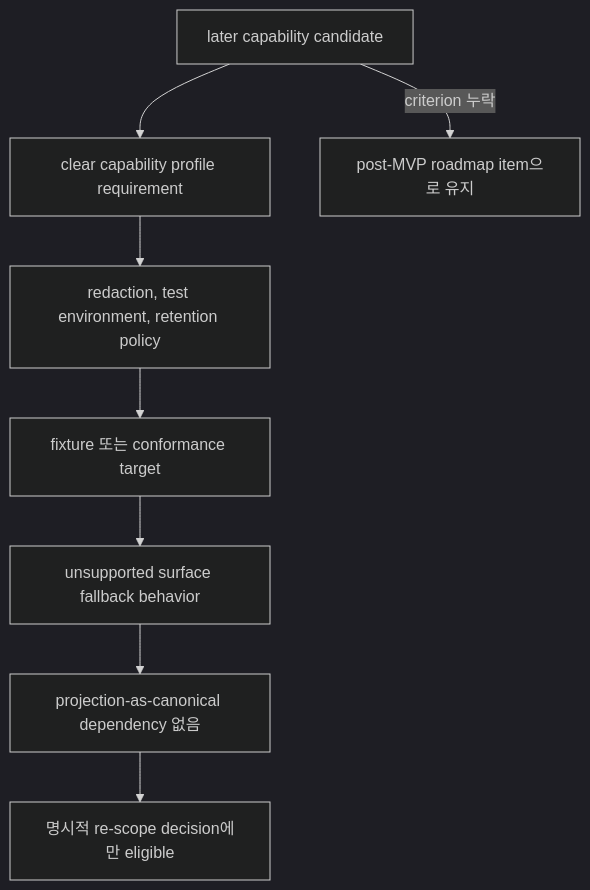
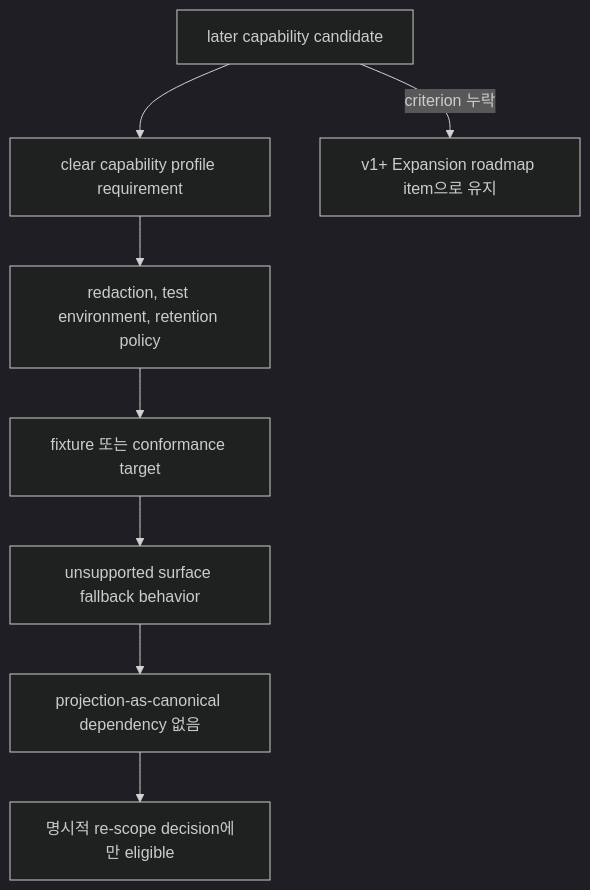
The second of 4 diagrams in docs/ko/roadmap.md (minjungw00/Harness_Project), drawn with Mermaid (dark theme) before and after one commit. The commit also changed other lines of this file and 35 other files, not shown here.

````diff
--- a/docs/ko/roadmap.md
+++ b/docs/ko/roadmap.md
@@ -56,10 +56,10 @@
 ```mermaid
 flowchart TD
   Candidate["later capability candidate"] --> Profile["clear capability profile requirement"]
   Profile --> Policy["redaction, test environment, retention policy"]
   Policy --> Fixture["fixture 또는 conformance target"]
   Fixture --> Fallback["unsupported surface fallback behavior"]
   Fallback --> Projection["projection-as-canonical dependency 없음"]
   Projection --> Promote["명시적 re-scope decision에만 eligible"]
-  Candidate -- "criterion 누락" --> Later["post-MVP roadmap item으로 유지"]
+  Candidate -- "criterion 누락" --> Later["v1+ Expansion roadmap item으로 유지"]
 ```
````
